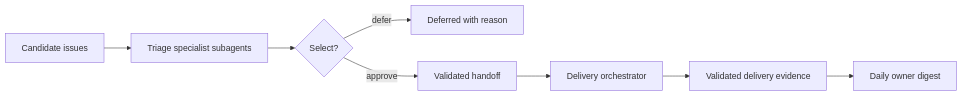
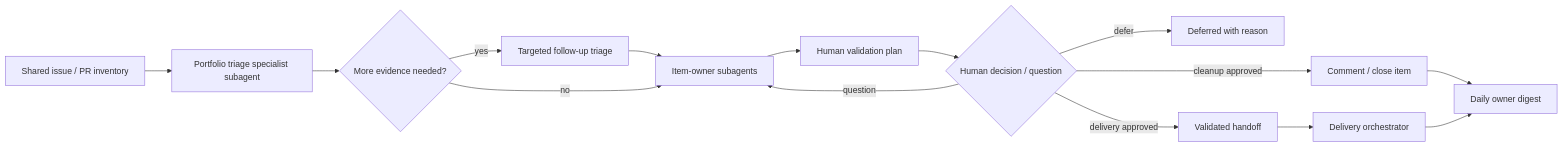
Before and after one commit to alejandro-ao/.agents: the diagram in skills/portfolio-orchestrator/SKILL.md, drawn with Mermaid. The commit also changed other lines of this file and 16 other files, not shown here.

First line of the commit message:
Refactor portfolio orchestrator skill and templates for enhanced workflow management

````diff
--- a/skills/portfolio-orchestrator/SKILL.md
+++ b/skills/portfolio-orchestrator/SKILL.md
@@ -14,10 +14,17 @@
 ```mermaid
 flowchart LR
-  A["Candidate issues"] --> B["Triage specialist subagents"]
-  B --> C{"Select?"}
-  C -->|"defer"| D["Deferred with reason"]
-  C -->|"approve"| E["Validated handoff"]
-  E --> F["Delivery orchestrator"]
-  F --> G["Validated delivery evidence"]
-  G --> H["Daily owner digest"]
+  A["Shared issue / PR inventory"] --> B["Portfolio triage specialist subagent"]
+  B --> C{"More evidence needed?"}
+  C -->|"yes"| D["Targeted follow-up triage"]
+  D --> E["Item-owner subagents"]
+  C -->|"no"| E
+  E --> F["Human validation plan"]
+  F --> G{"Human decision / question"}
+  G -->|"question"| E
+  G -->|"defer"| H["Deferred with reason"]
+  G -->|"cleanup approved"| I["Comment / close item"]
+  G -->|"delivery approved"| J["Validated handoff"]
+  J --> K["Delivery orchestrator"]
+  I --> L["Daily owner digest"]
+  K --> L
 ```
````
